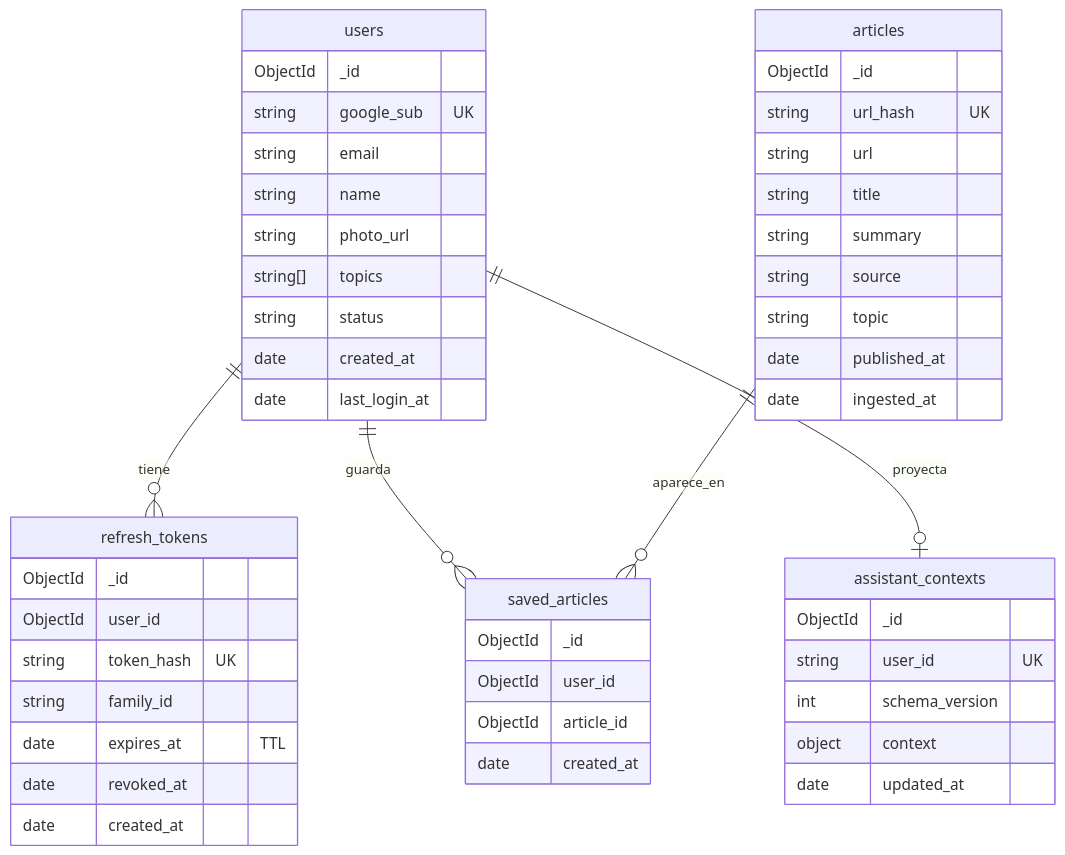
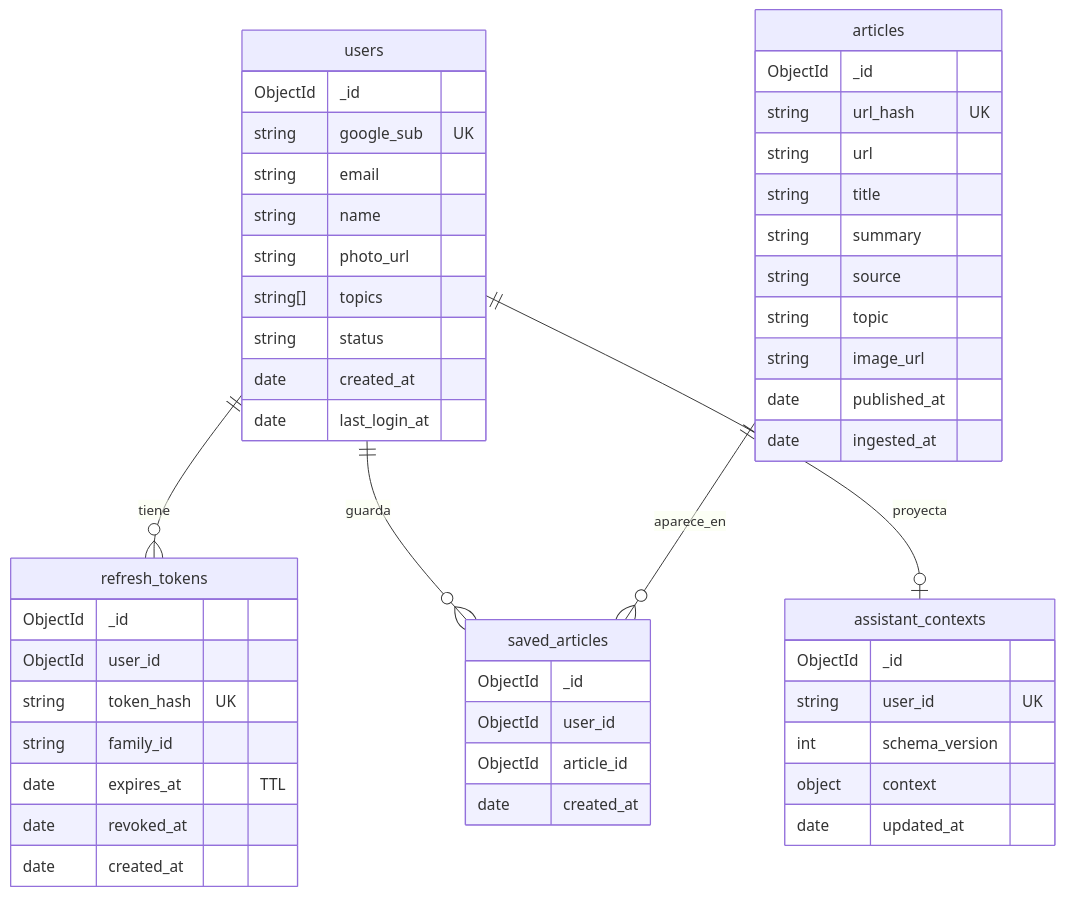
One commit to JosueSay/ai-assisted-news-app changed the third of 3 diagrams in docs/architecture/README.md. Above: the diagram before and after it, drawn with Mermaid. The commit also changed other lines of this file and 2 other files, not shown here.

````diff
--- a/docs/architecture/README.md
+++ b/docs/architecture/README.md
@@ -91,52 +91,53 @@
 ```mermaid
 erDiagram
     users ||--o{ refresh_tokens : tiene
     users ||--o{ saved_articles : guarda
     articles ||--o{ saved_articles : aparece_en
     users ||--o| assistant_contexts : proyecta
 
     users {
         ObjectId _id
         string google_sub UK
         string email
         string name
         string photo_url
         string[] topics
         string status
         date created_at
         date last_login_at
     }
     refresh_tokens {
         ObjectId _id
         ObjectId user_id
         string token_hash UK
         string family_id
         date expires_at "TTL"
         date revoked_at
         date created_at
     }
     articles {
         ObjectId _id
         string url_hash UK
         string url
         string title
         string summary
         string source
         string topic
+        string image_url
         date published_at
         date ingested_at
     }
     saved_articles {
         ObjectId _id
         ObjectId user_id
         ObjectId article_id
         date created_at
     }
     assistant_contexts {
         ObjectId _id
         string user_id UK
         int schema_version
         object context
         date updated_at
     }
 ```
````
